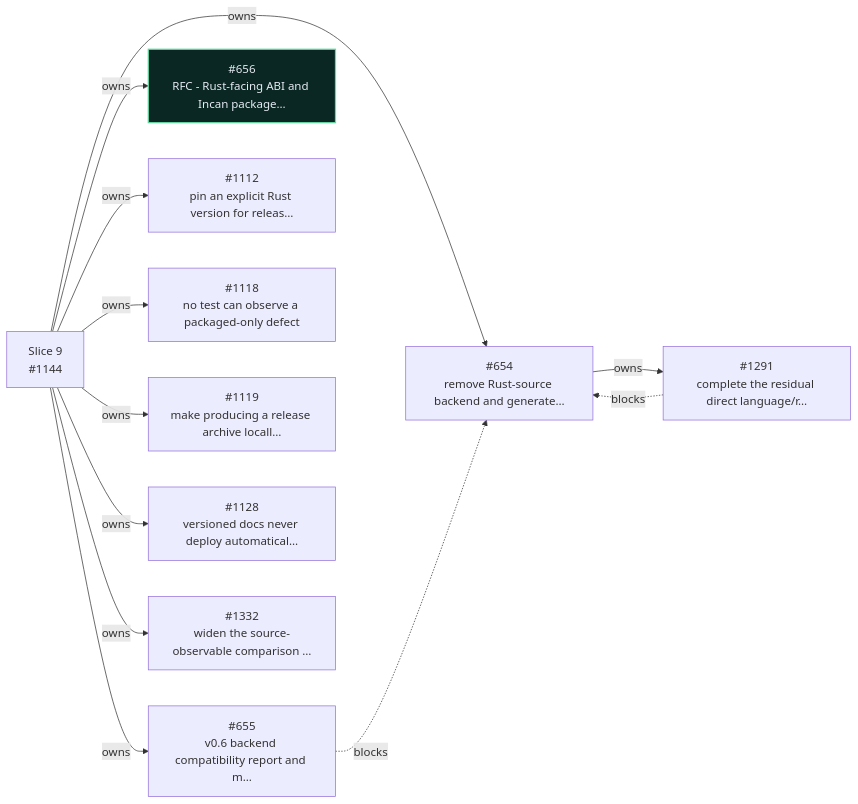
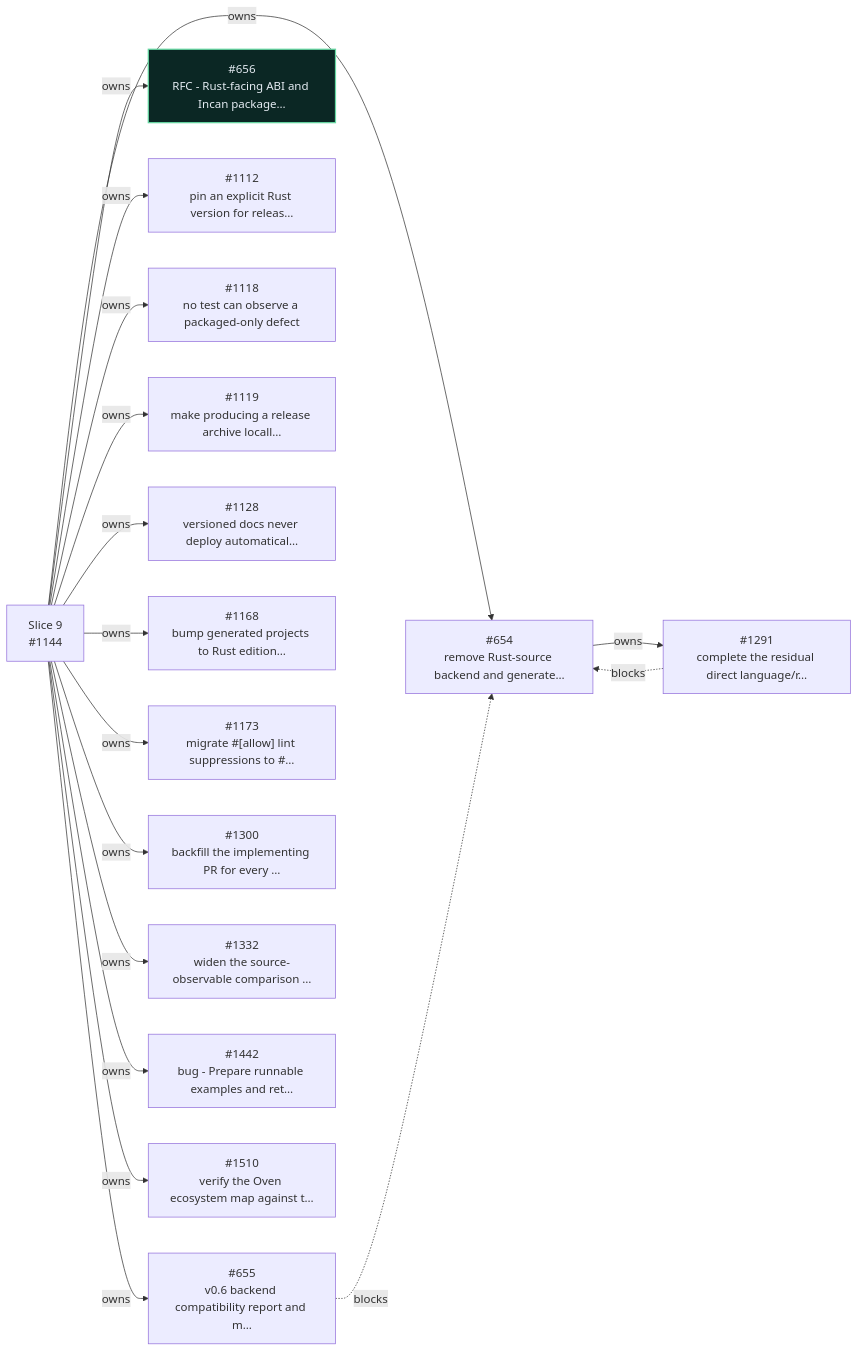
Before and after one commit to encero-systems/incan: the ninth of 10 diagrams in workspaces/docs-site/docs/_snippets/project/v0_6_roadmap.md, drawn with Mermaid. The commit also changed other lines of this file and 2 other files, not shown here.

First line of the commit message:
chore - render v0.6 Slice 10 on the roadmap and refresh the snapshot

````diff
--- a/workspaces/docs-site/docs/_snippets/project/v0_6_roadmap.md
+++ b/workspaces/docs-site/docs/_snippets/project/v0_6_roadmap.md
@@ -633,36 +749,51 @@
 ```mermaid
 flowchart LR
   i654["#654<br/>remove Rust-source backend and generate…"]
   i655["#655<br/>v0.6 backend compatibility report and m…"]
   i656["#656<br/>RFC - Rust-facing ABI and Incan package…"]
   i1112["#1112<br/>pin an explicit Rust version for releas…"]
   i1118["#1118<br/>no test can observe a packaged-only defect"]
   i1119["#1119<br/>make producing a release archive locall…"]
   i1128["#1128<br/>versioned docs never deploy automatical…"]
   s1144["Slice 9<br/>#1144"]
+  i1168["#1168<br/>bump generated projects to Rust edition…"]
+  i1173["#1173<br/>migrate #[allow] lint suppressions to #…"]
   i1291["#1291<br/>complete the residual direct language/r…"]
+  i1300["#1300<br/>backfill the implementing PR for every …"]
   i1332["#1332<br/>widen the source-observable comparison …"]
+  i1442["#1442<br/>bug - Prepare runnable examples and ret…"]
+  i1510["#1510<br/>verify the Oven ecosystem map against t…"]
   s1144 -- owns --> i654
   s1144 -- owns --> i655
   s1144 -- owns --> i656
   s1144 -- owns --> i1112
   s1144 -- owns --> i1118
   s1144 -- owns --> i1119
   s1144 -- owns --> i1128
+  s1144 -- owns --> i1168
+  s1144 -- owns --> i1173
   i654 -- owns --> i1291
+  s1144 -- owns --> i1300
   s1144 -- owns --> i1332
+  s1144 -- owns --> i1442
+  s1144 -- owns --> i1510
   i655 -. blocks .-> i654
   i1291 -. blocks .-> i654
   classDef incv06complete fill:#0b2724,stroke:#66d9a3,color:#e4ebf2,stroke-width:1.7px
   class i656 incv06complete
   click i654 href "https://github.com/encero-systems/incan/issues/654" "Open #654 on GitHub"
   click i655 href "https://github.com/encero-systems/incan/issues/655" "Open #655 on GitHub"
   click i656 href "https://github.com/encero-systems/incan/issues/656" "Open #656 on GitHub"
   click i1112 href "https://github.com/encero-systems/incan/issues/1112" "Open #1112 on GitHub"
   click i1118 href "https://github.com/encero-systems/incan/issues/1118" "Open #1118 on GitHub"
   click i1119 href "https://github.com/encero-systems/incan/issues/1119" "Open #1119 on GitHub"
   click i1128 href "https://github.com/encero-systems/incan/issues/1128" "Open #1128 on GitHub"
   click s1144 href "https://github.com/encero-systems/incan/issues/1144" "Open #1144 on GitHub"
+  click i1168 href "https://github.com/encero-systems/incan/issues/1168" "Open #1168 on GitHub"
+  click i1173 href "https://github.com/encero-systems/incan/issues/1173" "Open #1173 on GitHub"
   click i1291 href "https://github.com/encero-systems/incan/issues/1291" "Open #1291 on GitHub"
+  click i1300 href "https://github.com/encero-systems/incan/issues/1300" "Open #1300 on GitHub"
   click i1332 href "https://github.com/encero-systems/incan/issues/1332" "Open #1332 on GitHub"
+  click i1442 href "https://github.com/encero-systems/incan/issues/1442" "Open #1442 on GitHub"
+  click i1510 href "https://github.com/encero-systems/incan/issues/1510" "Open #1510 on GitHub"
 ```
````
